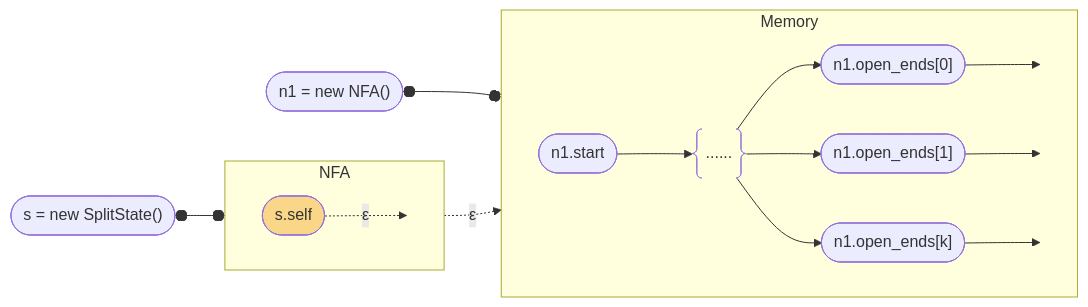
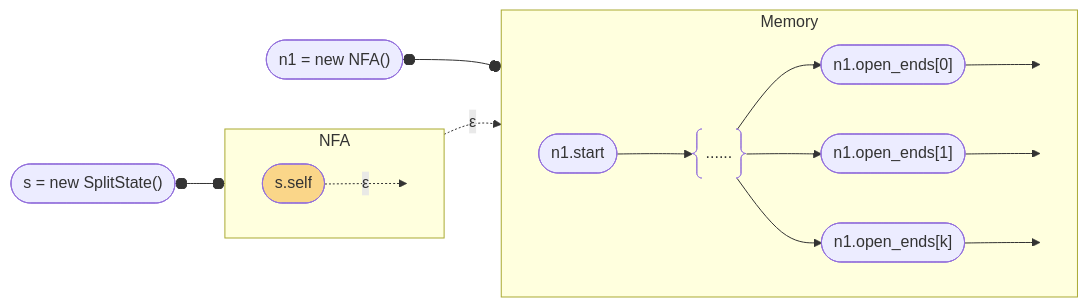
The seventh of 12 diagrams in _posts/2025-03-30-ken-thompsons-post2nfa-algorithm.md (erikyao/erikyao.github.io), drawn with Mermaid before and after one commit. The commit also changed other lines of this file, not shown here.

````diff
--- a/_posts/2025-03-30-ken-thompsons-post2nfa-algorithm.md
+++ b/_posts/2025-03-30-ken-thompsons-post2nfa-algorithm.md
@@ -223,28 +223,32 @@
 ```mermaid
 flowchart LR
     subgraph Memory
     direction LR
     A([n1.start]) --> C@{ shape: braces, label: "......" }
     C --> D(["n1.open_ends[0]"])
     C --> E(["n1.open_ends[1]"])
     C --> F(["n1.open_ends[k]"])
 
     D --> NONE_D:::hidden
     E --> NONE_E:::hidden
     F --> NONE_F:::hidden
     end
     
     G(["n1 = new NFA()"]) o--o Memory
 
     subgraph NFA
     direction LR
 
     H([s.self]) -.->|ε| A
     H -.->|ε| NONE_K:::hidden
     end
 
     L(["s = new SplitState()"]) o--o NFA
+
+    D ~~~ H
+    E ~~~ H
+    F ~~~ H
     
     classDef hidden display: none;
     style H fill:#FAD689
 ```
````
